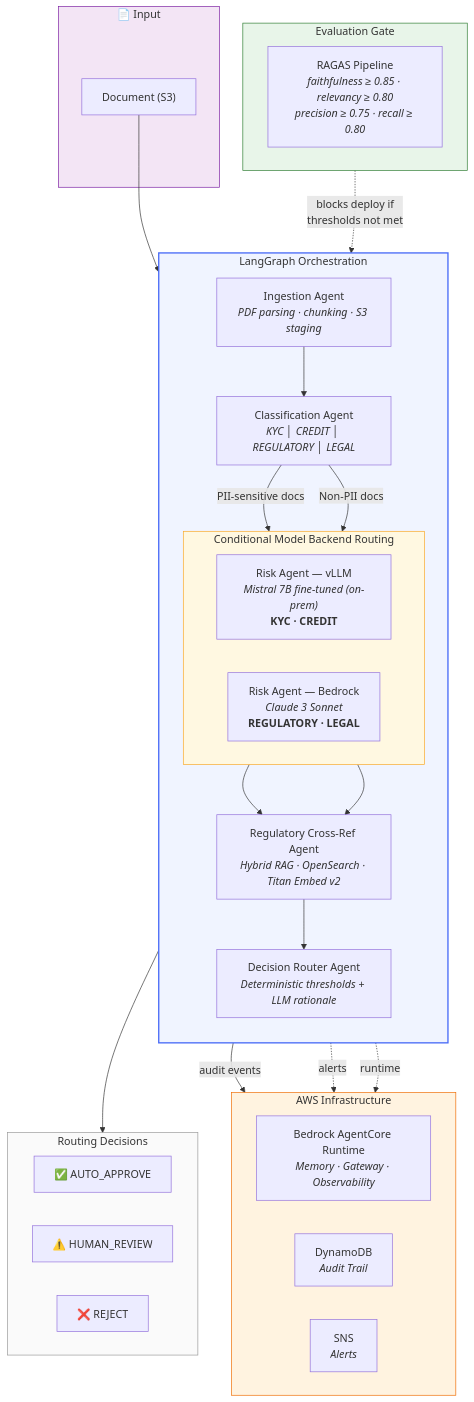
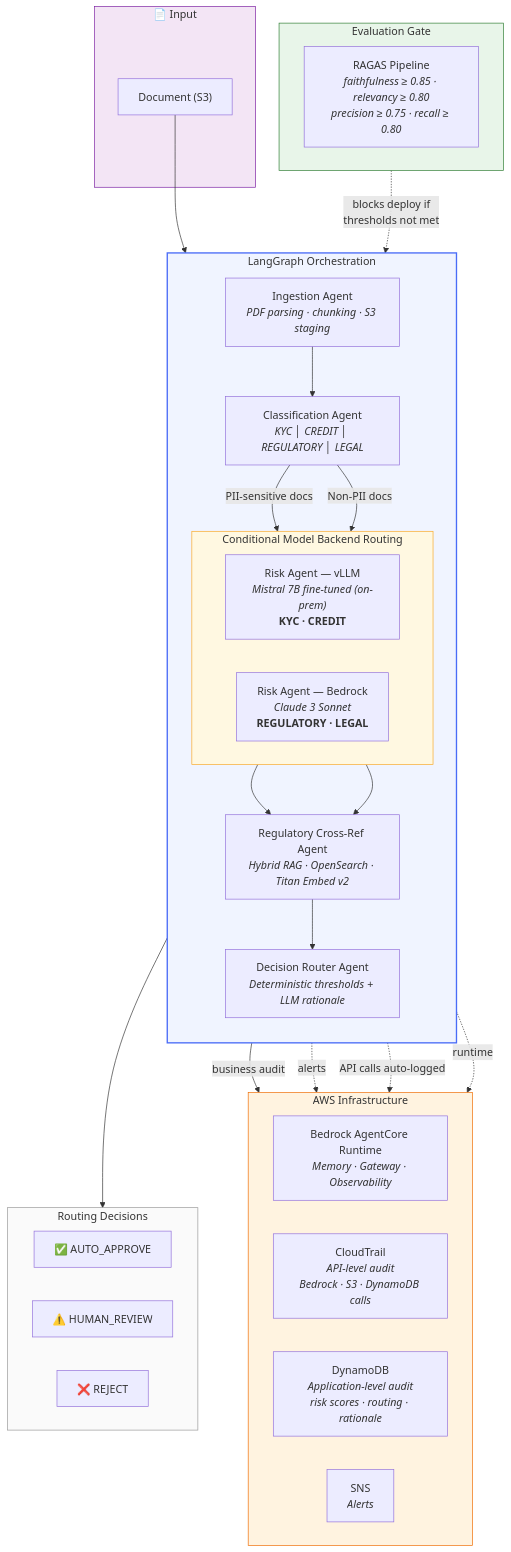
One commit to anirbanbose021-ship-it/fintech-agentic-system changed the diagram in README.md. Above: the diagram before and after it, drawn with Mermaid. The commit also changed other lines of this file and 2 other files, not shown here.

Commit message:
add CloudTrail for API-level audit alongside DynamoDB business audit
dual audit strategy (AWS recommended for regulated workloads):
- CloudTrail: captures Bedrock InvokeModel/Converse calls, S3 data events,
  DynamoDB writes — infrastructure-level "who called what API"
- DynamoDB: application-level business decisions — risk scores, routing
  decisions, agent rationale, retrieval sources

updated terraform with CloudTrail trail + S3 log bucket, mermaid diagram,
and runner docstrings to document the dual-layer approach

````diff
--- a/README.md
+++ b/README.md
@@ -30,62 +30,64 @@
 ```mermaid
 flowchart TD
     subgraph input["📄 Input"]
         S3["Document (S3)"]
     end
 
     subgraph langgraph["LangGraph Orchestration"]
         direction TB
         IG["Ingestion Agent<br/><i>PDF parsing · chunking · S3 staging</i>"]
         CL["Classification Agent<br/><i>KYC │ CREDIT │ REGULATORY │ LEGAL</i>"]
 
         IG --> CL
 
         subgraph routing["Conditional Model Backend Routing"]
             direction LR
             VLLM["Risk Agent — vLLM<br/><i>Mistral 7B fine-tuned (on-prem)</i><br/><b>KYC · CREDIT</b>"]
             BDK["Risk Agent — Bedrock<br/><i>Claude 3 Sonnet</i><br/><b>REGULATORY · LEGAL</b>"]
         end
 
         CL -- "PII-sensitive docs" --> VLLM
         CL -- "Non-PII docs" --> BDK
 
         REG["Regulatory Cross-Ref Agent<br/><i>Hybrid RAG · OpenSearch · Titan Embed v2</i>"]
         DR["Decision Router Agent<br/><i>Deterministic thresholds + LLM rationale</i>"]
 
         VLLM --> REG
         BDK --> REG
         REG --> DR
     end
 
     subgraph infra["AWS Infrastructure"]
         direction LR
         AC["Bedrock AgentCore Runtime<br/><i>Memory · Gateway · Observability</i>"]
-        DDB["DynamoDB<br/><i>Audit Trail</i>"]
+        CT["CloudTrail<br/><i>API-level audit<br/>Bedrock · S3 · DynamoDB calls</i>"]
+        DDB["DynamoDB<br/><i>Application-level audit<br/>risk scores · routing · rationale</i>"]
         SNS["SNS<br/><i>Alerts</i>"]
     end
 
     subgraph eval["Evaluation Gate"]
         RAGAS["RAGAS Pipeline<br/><i>faithfulness ≥ 0.85 · relevancy ≥ 0.80<br/>precision ≥ 0.75 · recall ≥ 0.80</i>"]
     end
 
     subgraph decisions["Routing Decisions"]
         direction LR
         AP["✅ AUTO_APPROVE"]
         HR["⚠️ HUMAN_REVIEW"]
         RJ["❌ REJECT"]
     end
 
     S3 --> IG
     DR --> decisions
-    DR -- "audit events" --> DDB
+    DR -- "business audit" --> DDB
+    langgraph -. "API calls auto-logged" .-> CT
     langgraph -. "runtime" .-> AC
     DR -. "alerts" .-> SNS
     eval -. "blocks deploy if<br/>thresholds not met" .-> langgraph
 
     style langgraph fill:#f0f4ff,stroke:#4a6cf7,stroke-width:2px
     style routing fill:#fff8e1,stroke:#f9a825,stroke-width:1px
     style infra fill:#fff3e0,stroke:#ef6c00,stroke-width:1px
     style eval fill:#e8f5e9,stroke:#2e7d32,stroke-width:1px
     style decisions fill:#fafafa,stroke:#999,stroke-width:1px
     style input fill:#f3e5f5,stroke:#7b1fa2,stroke-width:1px
 ```
````
